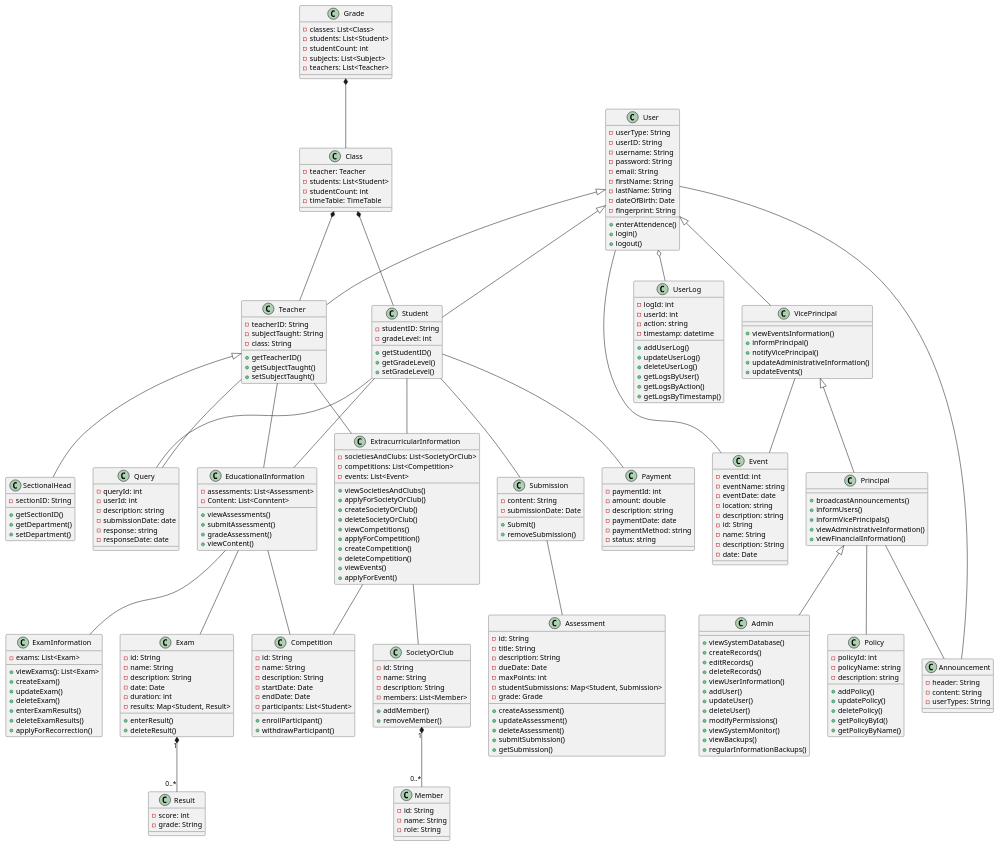
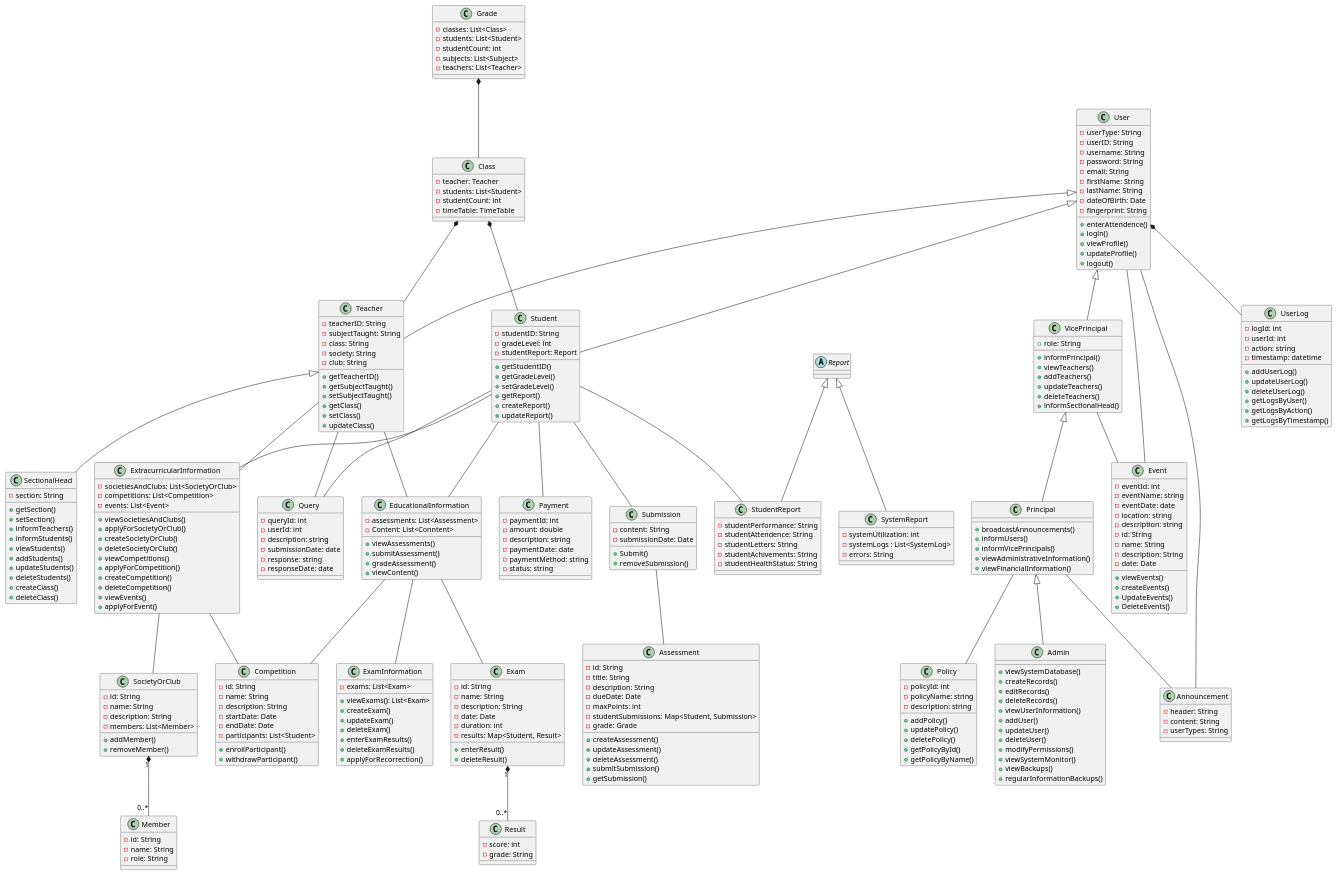
The diagram in School Management System Class Diagram.puml (AdithyaSean/School-Management-System), drawn with PlantUML before and after one commit.

```diff
--- a/School Management System Class Diagram.puml
+++ b/School Management System Class Diagram.puml
@@ -12,39 +12,59 @@
   - fingerprint: String
   + enterAttendence()
   + login()
+  + viewProfile()
+  + updateProfile()
   + logout()
 }
 
 class Student {
   - studentID: String
   - gradeLevel: int
+  - studentReport: Report
   + getStudentID()
   + getGradeLevel()
   + setGradeLevel()
+  + getReport()
+  + createReport()
+  + updateReport()
 }
 
 class Teacher {
   - teacherID: String
   - subjectTaught: String
   - class: String
+  - society: String
+  - club: String
   + getTeacherID()
   + getSubjectTaught()
   + setSubjectTaught()
+  + getClass()
+  + setClass()
+  + updateClass()
 }
 
 class SectionalHead {
-  - sectionID: String
-  + getSectionID() 
-  + getDepartment()
-  + setDepartment()
+  - section: String
+  + getSection()
+  + setSection()
+  + informTeachers()
+  + informStudents()
+  + viewStudents()
+  + addStudents()
+  + updateStudents()
+  + deleteStudents()
+  + createClass()
+  + deleteClass()
 }
 
 class VicePrincipal {
-  + viewEventsInformation()
+  + role: String
   + informPrincipal()
-  + notifyVicePrincipal()
-  + updateAdministrativeInformation()
-  + updateEvents()
+  + viewTeachers()
+  + addTeachers()
+  + updateTeachers()
+  + deleteTeachers()
+  + informSectionalHead()
 }
 
 class Principal {
@@ -94,6 +114,10 @@
   - eventDate: date
   - location: string
   - description: string
+  + viewEvents()
+  + createEvents()
+  + UpdateEvents()
+  + DeleteEvents()
 }
 
 class UserLog {
@@ -248,6 +272,23 @@
   - userTypes: String
 }
 
+abstract class Report {
+}
+
+class StudentReport {
+  - studentPerformance: String
+  - studentAttendence: String
+  - studentLetters: String
+  - studentAchivements: String
+  - studentHealthStatus: String
+}
+
+class SystemReport {
+  - systemUtilization: int
+  - systemLogs : List<SystemLog>
+  - errors: String
+}
+
 User <|-- Student
 User <|-- Teacher
 User <|-- VicePrincipal
@@ -255,12 +296,15 @@
 VicePrincipal <|-- Principal
 VicePrincipal -- Event
 Principal <|-- Admin
+
+Report <|-- StudentReport
+Report <|-- SystemReport
+
 SocietyOrClub "1" *-- "0..*" Member
 EducationalInformation -- Exam
 Exam "1" *-- "0..*" Result
 User -- Event
 User -- Announcement
-User o-- UserLog
 Principal -- Policy
 Principal -- Announcement
 Teacher -- ExtracurricularInformation
@@ -270,8 +314,11 @@
 Student -- ExtracurricularInformation
 Student -- Query
 Student -- Payment
+Student -- StudentReport
 Student -- Submission
 Submission -- Assessment
+
+User *-- UserLog
 Grade *-- Class
 Class *-- Teacher
 Class *-- Student
```
